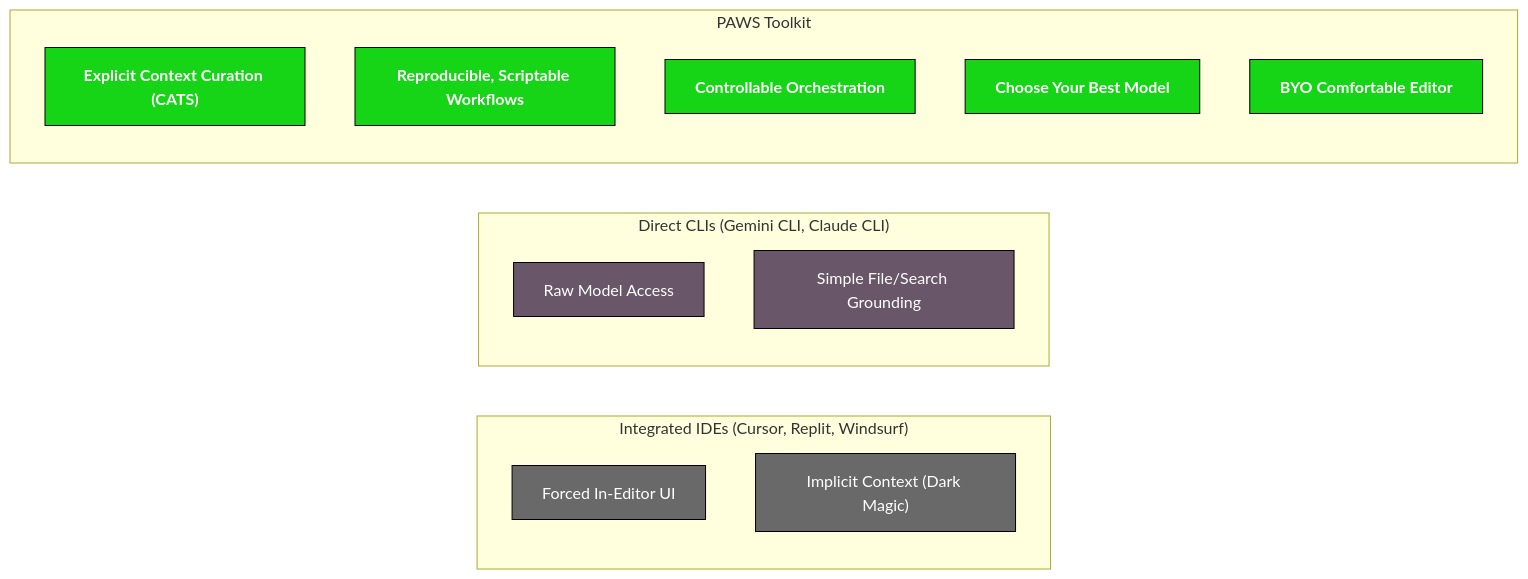
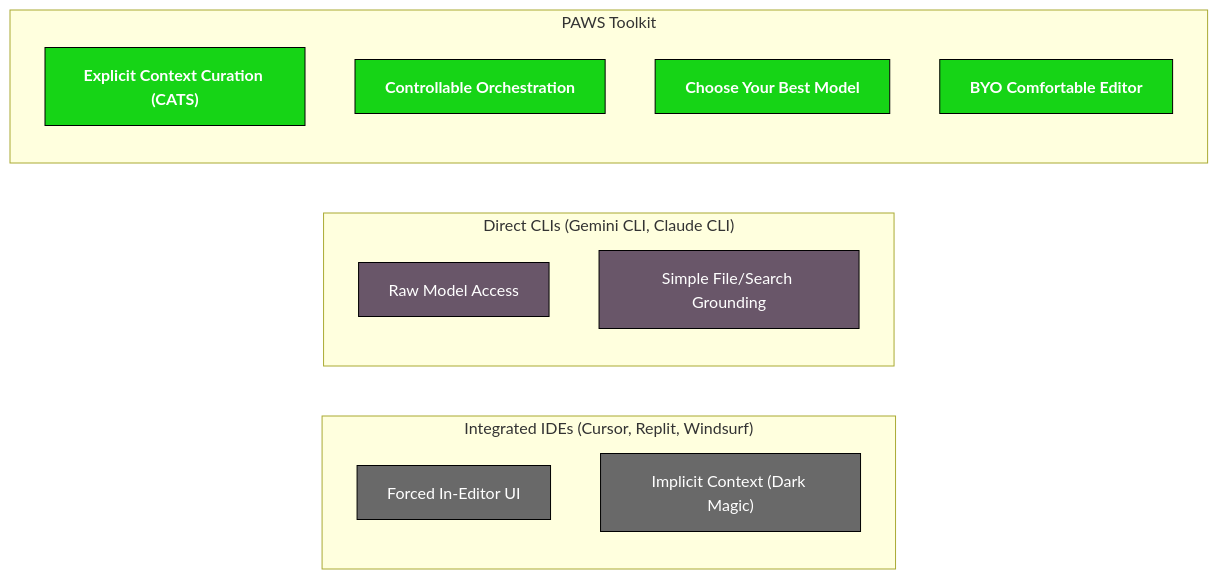
The first of 3 diagrams in README.md (clocksmith/paws), drawn with Mermaid before and after one commit.

````diff
--- a/README.md
+++ b/README.md
@@ -13,25 +13,24 @@
 ```mermaid
 graph LR
     subgraph "Integrated IDEs (Cursor, Replit, Windsurf)"
         A1["Forced In-Editor UI"]
         A2["Implicit Context (Dark Magic)"]
     end
     subgraph "Direct CLIs (Gemini CLI, Claude CLI)"
         B1["Raw Model Access"]
         B2["Simple File/Search Grounding"]
     end
     subgraph "PAWS Toolkit"
         C1["<b>Explicit Context Curation (CATS)</b>"]
-        C2["<b>Reproducible, Scriptable Workflows</b>"]
-        C3["<b>Controllable Orchestration</b>"]
-        C4["<b>Choose Your Best Model</b>"]
-        C5["<b>BYO Comfortable Editor</b>"]
+        C2["<b>Controllable Orchestration</b>"]
+        C3["<b>Choose Your Best Model</b>"]
+        C4["<b>BYO Comfortable Editor</b>"]
     end
 
     classDef paws fill:#16D416,stroke:#000,color:#fff;
     classDef ide fill:#696969,stroke:#000,color:#fff;
     classDef cli fill:#695669,stroke:#000,color:#fff;
     class A1,A2 ide;
     class B1,B2 cli;
-    class C1,C2,C3,C4,C5 paws;
+    class C1,C2,C3,C4 paws;
 ```
````
